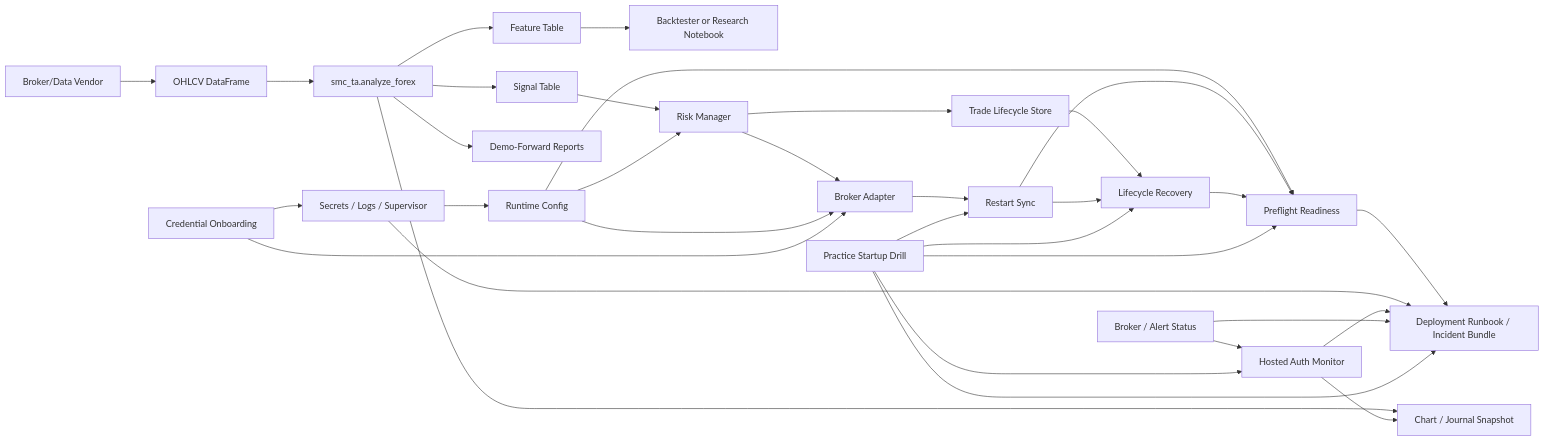
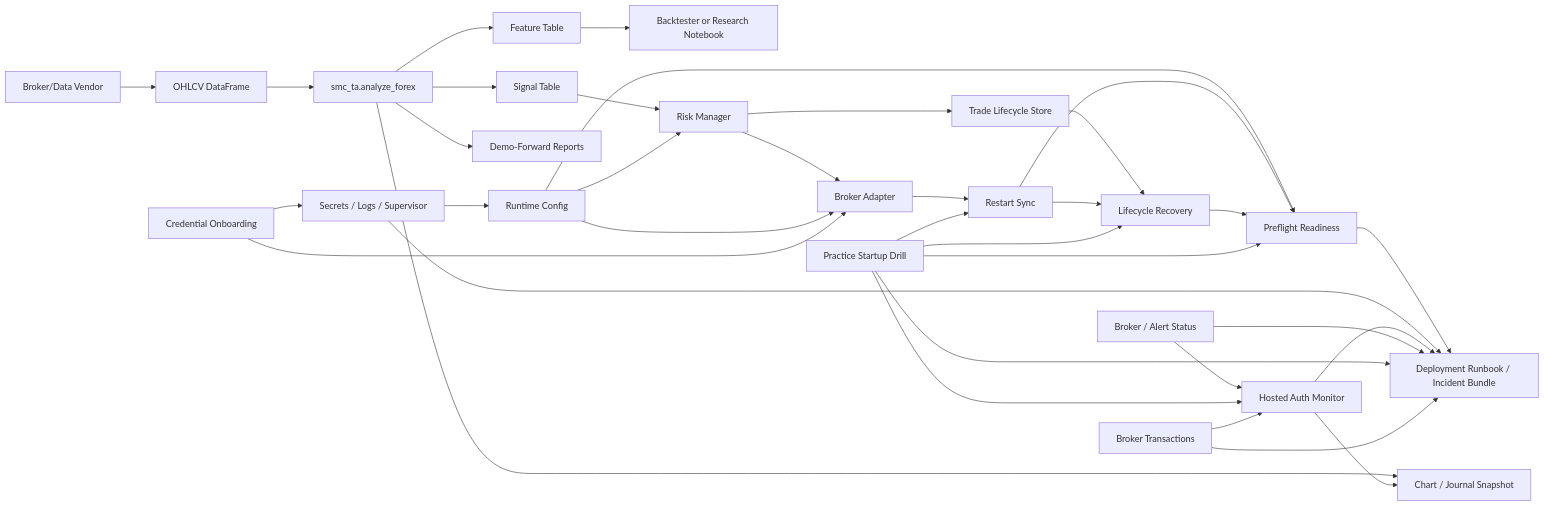
One commit to primebdsm/smcandta changed the diagram in docs/BOT_INTEGRATION.md. Above: the diagram before and after it, drawn with Mermaid. The commit also changed other lines of this file and 21 other files, not shown here.

````diff
--- a/docs/BOT_INTEGRATION.md
+++ b/docs/BOT_INTEGRATION.md
@@ -5,35 +5,37 @@
 ```mermaid
 flowchart LR
   A["Broker/Data Vendor"] --> B["OHLCV DataFrame"]
   B --> C["smc_ta.analyze_forex"]
   C --> D["Feature Table"]
   C --> E["Signal Table"]
   D --> F["Backtester or Research Notebook"]
   E --> G["Risk Manager"]
   G --> H["Broker Adapter"]
   G --> J["Trade Lifecycle Store"]
   C --> I["Chart / Journal Snapshot"]
   C --> N["Demo-Forward Reports"]
   K["Runtime Config"] --> G
   K --> H
   K --> L["Preflight Readiness"]
   H --> M["Restart Sync"]
   M --> L
   J --> O["Lifecycle Recovery"]
   M --> O
   O --> L
   L --> P["Deployment Runbook / Incident Bundle"]
   Q["Secrets / Logs / Supervisor"] --> K
   Q --> P
   U["Credential Onboarding"] --> Q
   U --> H
   R["Hosted Auth Monitor"] --> I
   R --> P
   S["Broker / Alert Status"] --> R
   S --> P
   T["Practice Startup Drill"] --> M
   T --> O
   T --> L
   T --> R
   T --> P
+  V["Broker Transactions"] --> R
+  V --> P
 ```
````
